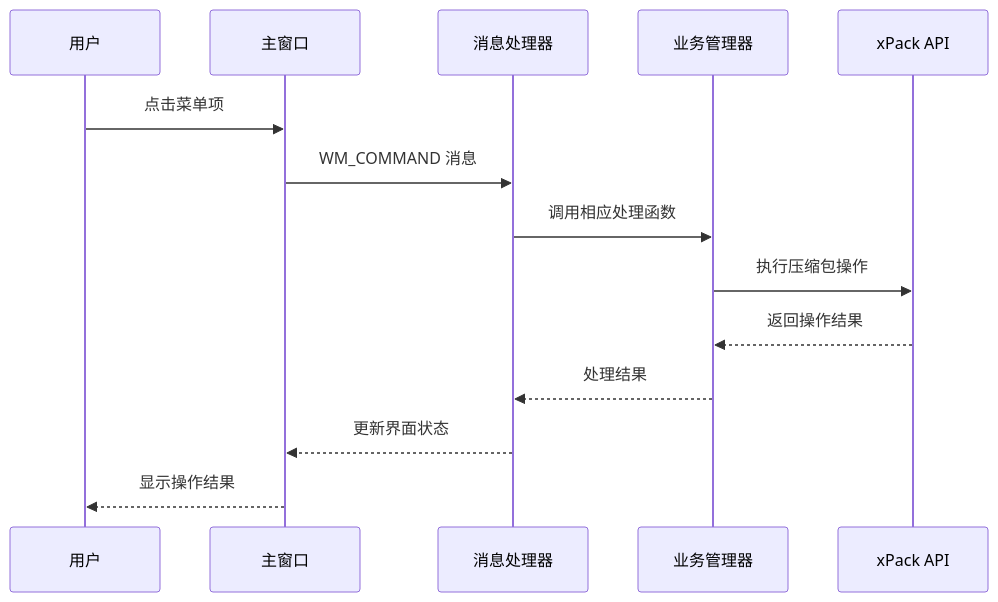
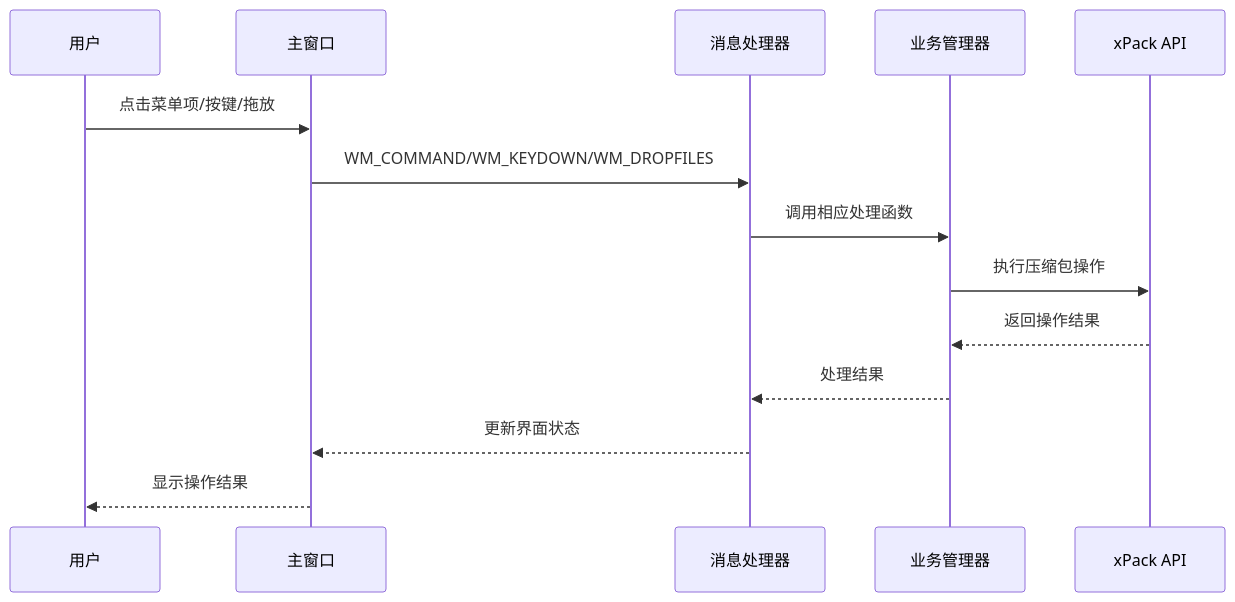
Before and after one commit to xywhsoft/xpack: the third of 12 diagrams in .qoder/repowiki/zh/content/开发者指南/xpkgui 图形界面工具.md, drawn with Mermaid. The commit also changed other lines of this file and 42 other files, not shown here.

````diff
--- a/.qoder/repowiki/zh/content/开发者指南/xpkgui 图形界面工具.md
+++ b/.qoder/repowiki/zh/content/开发者指南/xpkgui 图形界面工具.md
@@ -157,16 +210,16 @@
 ```mermaid
 sequenceDiagram
 participant User as 用户
 participant Window as 主窗口
 participant Handler as 消息处理器
 participant Manager as 业务管理器
 participant API as xPack API
-User->>Window : 点击菜单项
-Window->>Handler : WM_COMMAND 消息
+User->>Window : 点击菜单项/按键/拖放
+Window->>Handler : WM_COMMAND/WM_KEYDOWN/WM_DROPFILES
 Handler->>Manager : 调用相应处理函数
 Manager->>API : 执行压缩包操作
 API-->>Manager : 返回操作结果
 Manager-->>Handler : 处理结果
 Handler-->>Window : 更新界面状态
 Window-->>User : 显示操作结果
 ```
````
